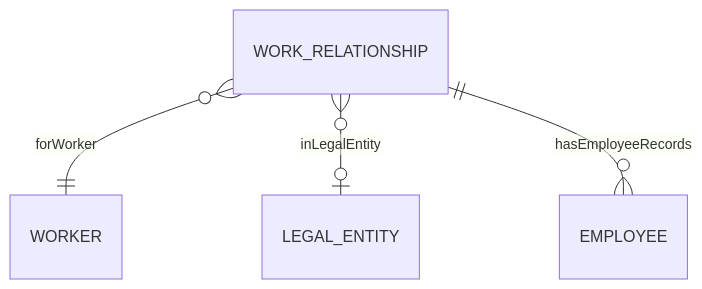
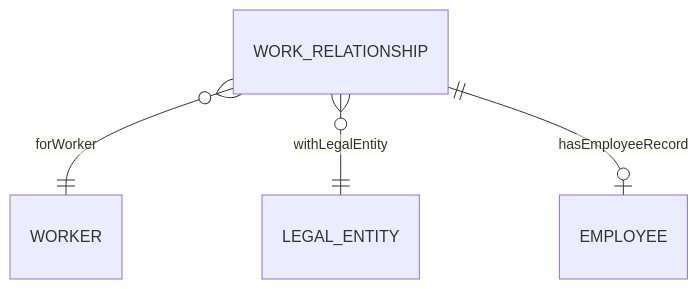
The second of 3 diagrams in docs/01-modules/CO/00-ontology/domain/work-relationship/work-relationship.onto.md (a4b-corporation/xTalent), drawn with Mermaid before and after one commit. The commit also changed other lines of this file, not shown here.

````diff
--- a/docs/01-modules/CO/00-ontology/domain/work-relationship/work-relationship.onto.md
+++ b/docs/01-modules/CO/00-ontology/domain/work-relationship/work-relationship.onto.md
@@ -221,6 +212,6 @@
 ```mermaid
 erDiagram
     WORK_RELATIONSHIP }o--|| WORKER : "forWorker"
-    WORK_RELATIONSHIP }o--o| LEGAL_ENTITY : "inLegalEntity"
-    WORK_RELATIONSHIP ||--o{ EMPLOYEE : "hasEmployeeRecords"
+    WORK_RELATIONSHIP }o--|| LEGAL_ENTITY : "withLegalEntity"
+    WORK_RELATIONSHIP ||--o| EMPLOYEE : "hasEmployeeRecord"
 ```
````
